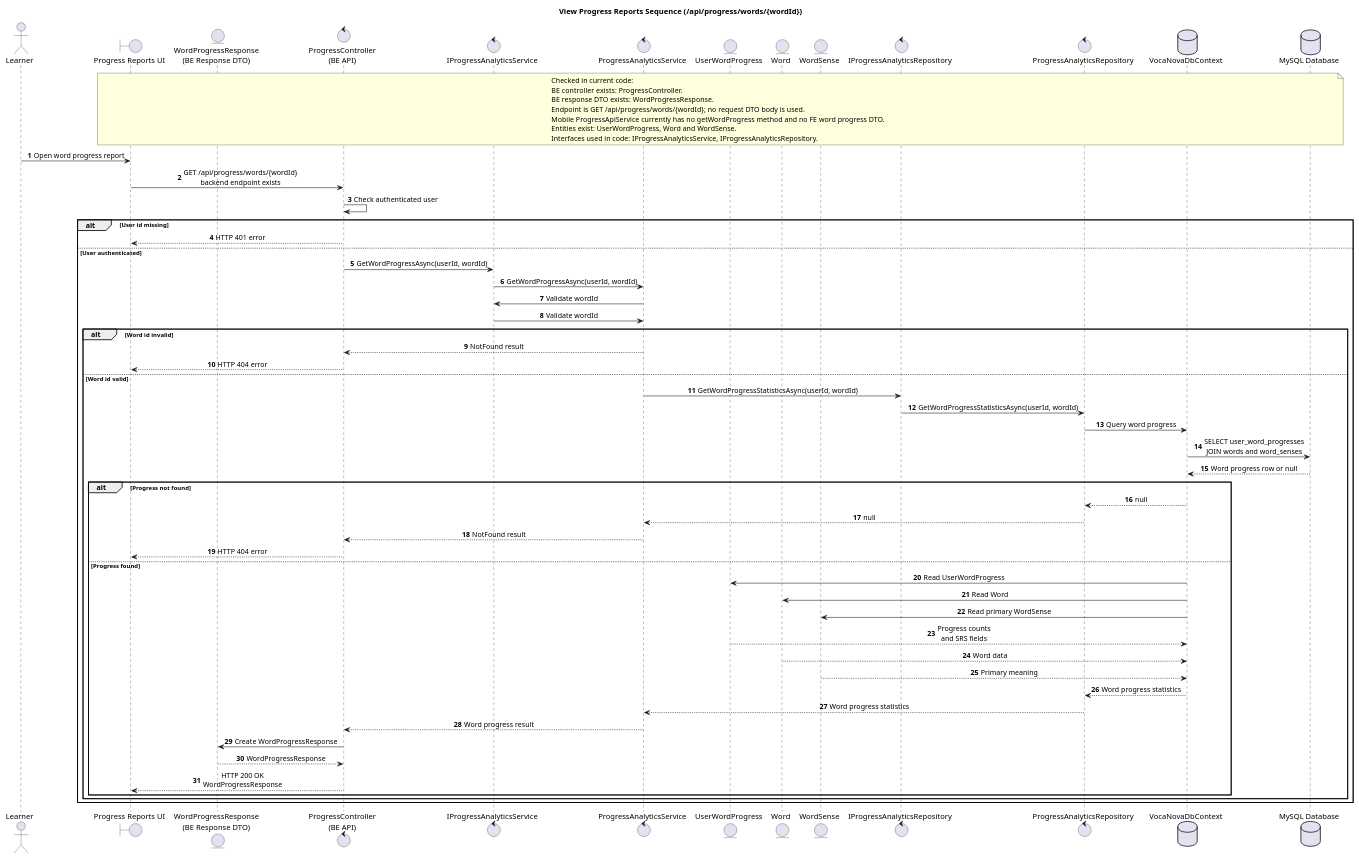
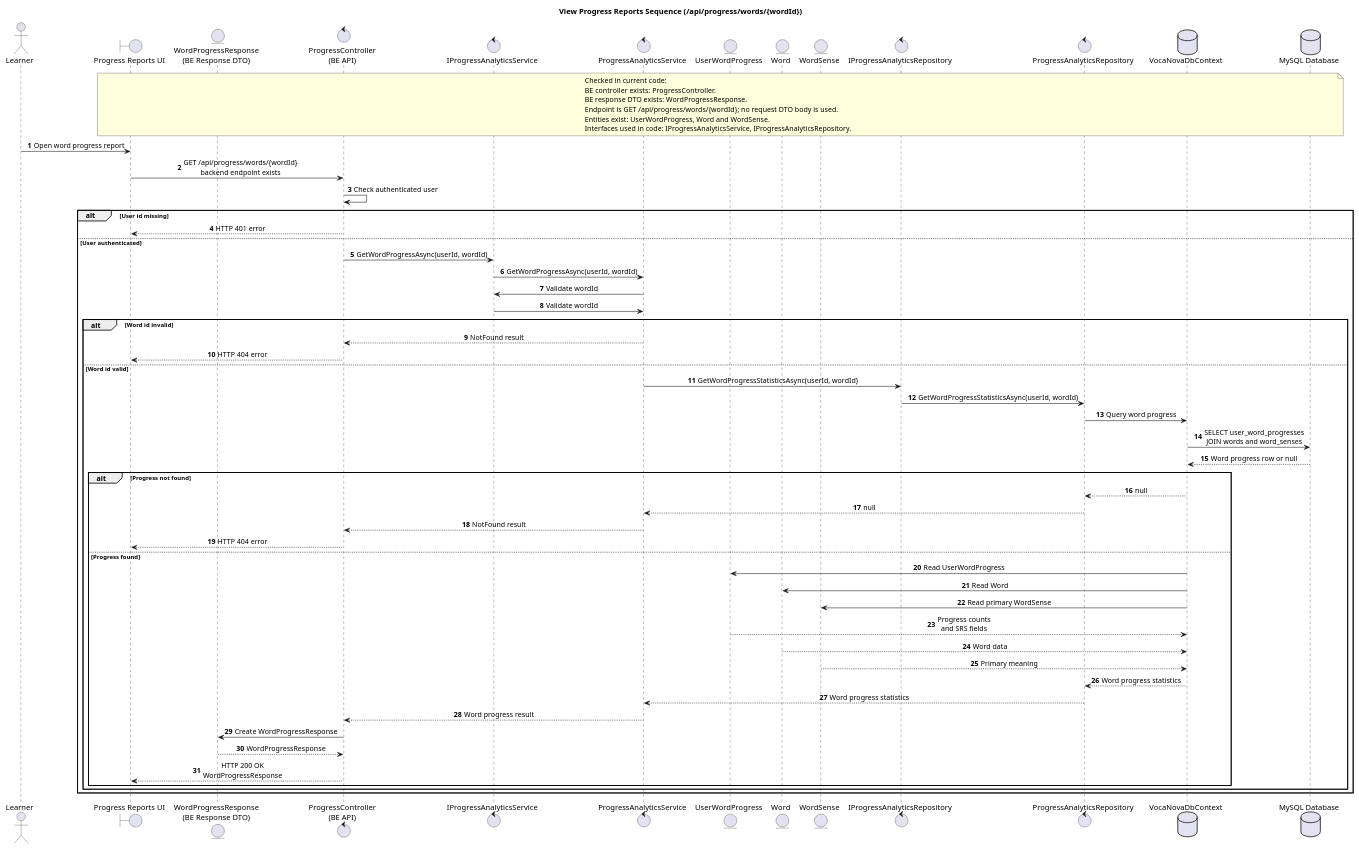
The diagram in docs/diagrams/mobile-view-progress-reports-sequence.puml (thisIsCenx04/VocaNova), drawn with PlantUML before and after one commit. The commit also changed 26 other files, not shown here.

Commit message:
fix/update_v2_class and sequences

```diff
--- a/docs/diagrams/mobile-view-progress-reports-sequence.puml
+++ b/docs/diagrams/mobile-view-progress-reports-sequence.puml
@@ -1,76 +1,75 @@
 @startuml
 title View Progress Reports Sequence (/api/progress/words/{wordId})
 
 autonumber
 skinparam responseMessageBelowArrow true
 skinparam sequenceMessageAlign center
 
 actor Learner
 boundary "Progress Reports UI" as ProgressReportsUi
 entity "WordProgressResponse\n(BE Response DTO)" as BeWordProgressDto
 control "ProgressController\n(BE API)" as BeController
 control "IProgressAnalyticsService" as IProgressAnalyticsService
 control "ProgressAnalyticsService" as AnalyticsService
 entity "UserWordProgress" as UserWordProgressEntity
 entity "Word" as WordEntity
 entity "WordSense" as WordSenseEntity
 control "IProgressAnalyticsRepository" as IProgressAnalyticsRepository
 control "ProgressAnalyticsRepository" as AnalyticsRepository
 database "VocaNovaDbContext" as DbContext
 database "MySQL Database" as MySQL
 
 note over ProgressReportsUi, MySQL
 Checked in current code:
 BE controller exists: ProgressController.
 BE response DTO exists: WordProgressResponse.
 Endpoint is GET /api/progress/words/{wordId}; no request DTO body is used.
-Mobile ProgressApiService currently has no getWordProgress method and no FE word progress DTO.
 Entities exist: UserWordProgress, Word and WordSense.
 Interfaces used in code: IProgressAnalyticsService, IProgressAnalyticsRepository.
 end note
 
 Learner -> ProgressReportsUi: Open word progress report
 ProgressReportsUi -> BeController: GET /api/progress/words/{wordId}\nbackend endpoint exists
 BeController -> BeController: Check authenticated user
 
 alt User id missing
     BeController --> ProgressReportsUi: HTTP 401 error
 else User authenticated
     BeController -> IProgressAnalyticsService: GetWordProgressAsync(userId, wordId)
     IProgressAnalyticsService -> AnalyticsService: GetWordProgressAsync(userId, wordId)
     AnalyticsService -> IProgressAnalyticsService: Validate wordId
     IProgressAnalyticsService -> AnalyticsService: Validate wordId
 
     alt Word id invalid
         AnalyticsService --> BeController: NotFound result
         BeController --> ProgressReportsUi: HTTP 404 error
     else Word id valid
         AnalyticsService -> IProgressAnalyticsRepository: GetWordProgressStatisticsAsync(userId, wordId)
         IProgressAnalyticsRepository -> AnalyticsRepository: GetWordProgressStatisticsAsync(userId, wordId)
         AnalyticsRepository -> DbContext: Query word progress
         DbContext -> MySQL: SELECT user_word_progresses\nJOIN words and word_senses
         MySQL --> DbContext: Word progress row or null
 
         alt Progress not found
             DbContext --> AnalyticsRepository: null
             AnalyticsRepository --> AnalyticsService: null
             AnalyticsService --> BeController: NotFound result
             BeController --> ProgressReportsUi: HTTP 404 error
         else Progress found
             DbContext -> UserWordProgressEntity: Read UserWordProgress
             DbContext -> WordEntity: Read Word
             DbContext -> WordSenseEntity: Read primary WordSense
             UserWordProgressEntity --> DbContext: Progress counts\nand SRS fields
             WordEntity --> DbContext: Word data
             WordSenseEntity --> DbContext: Primary meaning
             DbContext --> AnalyticsRepository: Word progress statistics
             AnalyticsRepository --> AnalyticsService: Word progress statistics
             AnalyticsService --> BeController: Word progress result
             BeController -> BeWordProgressDto: Create WordProgressResponse
             BeWordProgressDto --> BeController: WordProgressResponse
             BeController --> ProgressReportsUi: HTTP 200 OK\nWordProgressResponse
         end
     end
 end
 
 @enduml
```
